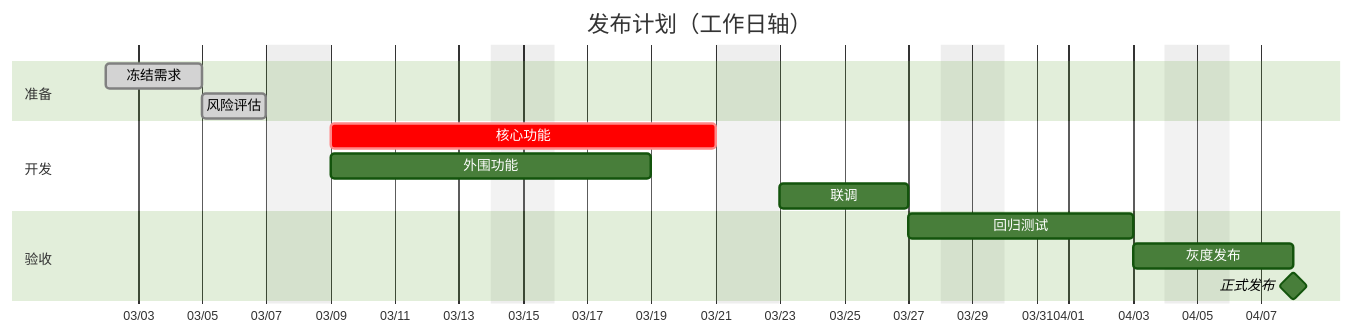
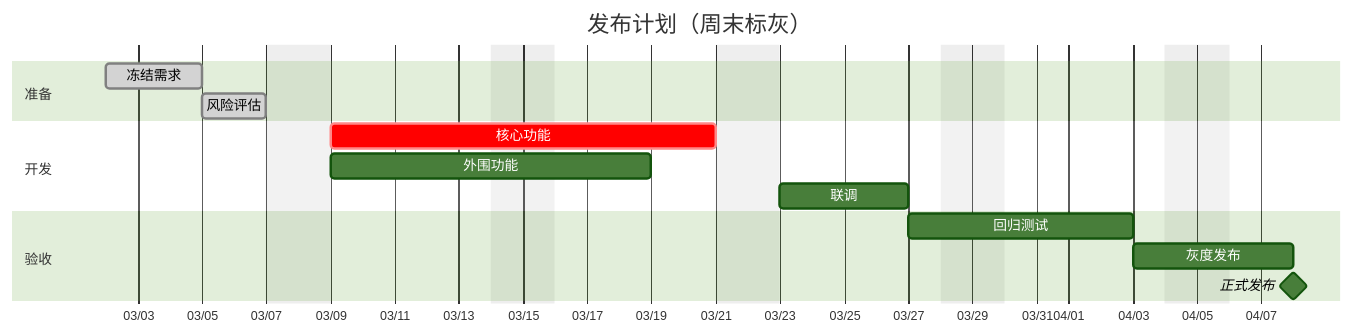
Before and after one commit to lingdu1234/gpui-kit-box: the third of 4 diagrams in crates/gpui-kit-markdown-extras/showcase/gantt.md, drawn with Mermaid (forest theme). The commit also changed other lines of this file and 19 other files, not shown here.

First line of the commit message:
feat!: chainable per-diagram markdown plugins, v0.2.0

````diff
--- a/crates/gpui-kit-markdown-extras/showcase/gantt.md
+++ b/crates/gpui-kit-markdown-extras/showcase/gantt.md
@@ -46,20 +46,20 @@
 ```mermaid
 gantt
-    title 发布计划（工作日轴）
+    title 发布计划（周末标灰）
     dateFormat YYYY-MM-DD
     axisFormat %m/%d
     tickInterval 3d
     excludes weekends
     todayMarker off
     section 准备
     冻结需求 :done, p1, 2026-03-02, 3d
     风险评估 :done, p2, after p1, 2d
     section 开发
     核心功能 :crit, d1, after p2, 10d
     外围功能 : d2, after p2, 8d
     联调 : d3, after d1 d2, 4d
     section 验收
     回归测试 : a1, after d3, 5d
     灰度发布 : a2, after a1, 3d
     正式发布 :milestone, a3, after a2, 0d
 ```
````
